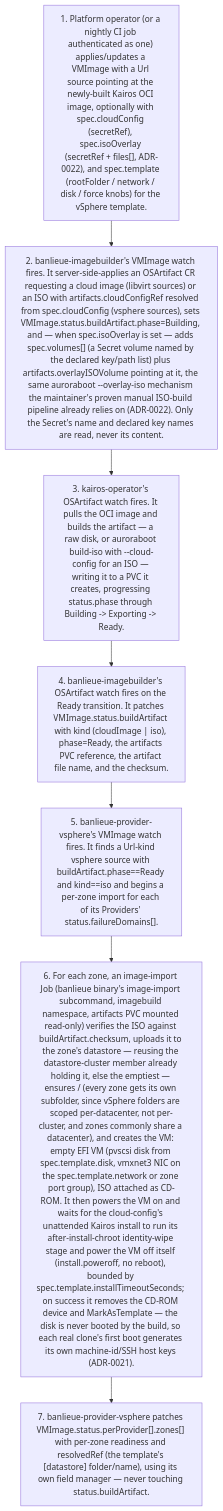
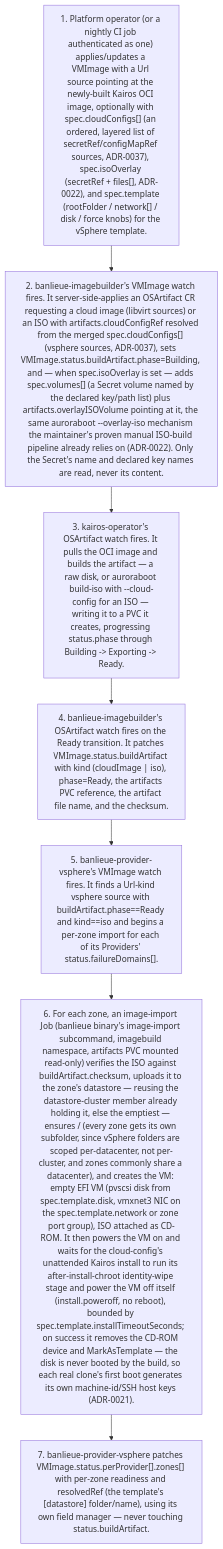
Before and after one commit to firestoned/banlieue: the fifth of 8 diagrams in docs/src/architecture/flows.md, drawn with Mermaid. The commit also changed other lines of this file and 38 other files, not shown here.

````diff
--- a/docs/src/architecture/flows.md
+++ b/docs/src/architecture/flows.md
@@ -101,11 +101,11 @@
 ```mermaid
 flowchart TD
-    t1["1. Platform operator (or a nightly CI job authenticated as one) applies/updates a VMImage with a Url source pointing at the newly-built Kairos OCI image, optionally with spec.cloudConfig (secretRef), spec.isoOverlay (secretRef + files[], ADR-0022), and spec.template (rootFolder / network / disk / force knobs) for the vSphere template."]
-    t2["2. banlieue-imagebuilder's VMImage watch fires. It server-side-applies an OSArtifact CR requesting a cloud image (libvirt sources) or an ISO with artifacts.cloudConfigRef resolved from spec.cloudConfig (vsphere sources), sets VMImage.status.buildArtifact.phase=Building, and — when spec.isoOverlay is set — adds spec.volumes[] (a Secret volume named by the declared key/path list) plus artifacts.overlayISOVolume pointing at it, the same auroraboot --overlay-iso mechanism the maintainer's proven manual ISO-build pipeline already relies on (ADR-0022). Only the Secret's name and declared key names are read, never its content."]
+    t1["1. Platform operator (or a nightly CI job authenticated as one) applies/updates a VMImage with a Url source pointing at the newly-built Kairos OCI image, optionally with spec.cloudConfigs[] (an ordered, layered list of secretRef/configMapRef sources, ADR-0037), spec.isoOverlay (secretRef + files[], ADR-0022), and spec.template (rootFolder / network[] / disk / force knobs) for the vSphere template."]
+    t2["2. banlieue-imagebuilder's VMImage watch fires. It server-side-applies an OSArtifact CR requesting a cloud image (libvirt sources) or an ISO with artifacts.cloudConfigRef resolved from the merged spec.cloudConfigs[] (vsphere sources, ADR-0037), sets VMImage.status.buildArtifact.phase=Building, and — when spec.isoOverlay is set — adds spec.volumes[] (a Secret volume named by the declared key/path list) plus artifacts.overlayISOVolume pointing at it, the same auroraboot --overlay-iso mechanism the maintainer's proven manual ISO-build pipeline already relies on (ADR-0022). Only the Secret's name and declared key names are read, never its content."]
     t3["3. kairos-operator's OSArtifact watch fires. It pulls the OCI image and builds the artifact — a raw disk, or auroraboot build-iso with --cloud-config for an ISO — writing it to a PVC it creates, progressing status.phase through Building -> Exporting -> Ready."]
     t4["4. banlieue-imagebuilder's OSArtifact watch fires on the Ready transition. It patches VMImage.status.buildArtifact with kind (cloudImage | iso), phase=Ready, the artifacts PVC reference, the artifact file name, and the checksum."]
     t5["5. banlieue-provider-vsphere's VMImage watch fires. It finds a Url-kind vsphere source with buildArtifact.phase==Ready and kind==iso and begins a per-zone import for each of its Providers' status.failureDomains[]."]
     t6["6. For each zone, an image-import Job (banlieue binary's image-import subcommand, imagebuild namespace, artifacts PVC mounted read-only) verifies the ISO against buildArtifact.checksum, uploads it to the zone's datastore — reusing the datastore-cluster member already holding it, else the emptiest — ensures <spec.template.rootFolder>/<failure-domain-name> (every zone gets its own subfolder, since vSphere folders are scoped per-datacenter, not per-cluster, and zones commonly share a datacenter), and creates the VM: empty EFI VM (pvscsi disk from spec.template.disk, vmxnet3 NIC on the spec.template.network or zone port group), ISO attached as CD-ROM. It then powers the VM on and waits for the cloud-config's unattended Kairos install to run its after-install-chroot identity-wipe stage and power the VM off itself (install.poweroff, no reboot), bounded by spec.template.installTimeoutSeconds; on success it removes the CD-ROM device and MarkAsTemplate — the disk is never booted by the build, so each real clone's first boot generates its own machine-id/SSH host keys (ADR-0021)."]
     t7["7. banlieue-provider-vsphere patches VMImage.status.perProvider[].zones[] with per-zone readiness and resolvedRef (the template's [datastore] folder/name), using its own field manager — never touching status.buildArtifact."]
     t1 --> t2 --> t3 --> t4 --> t5 --> t6 --> t7
 ```
````
